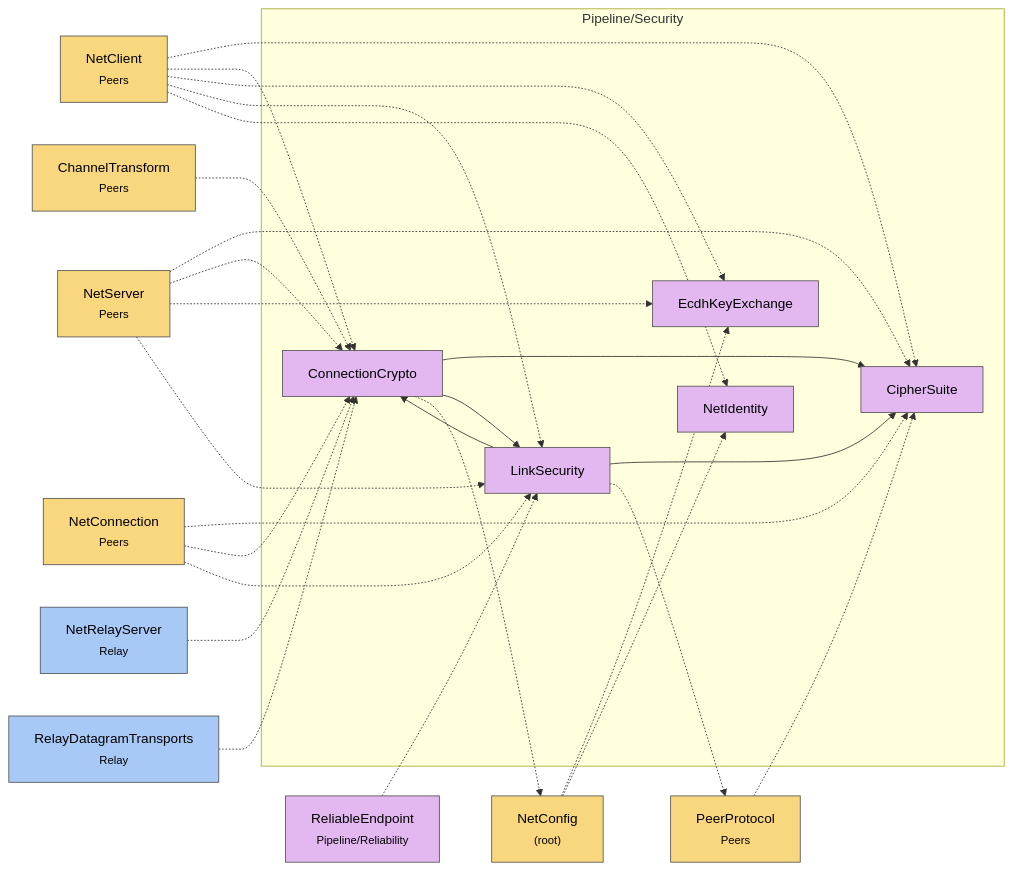
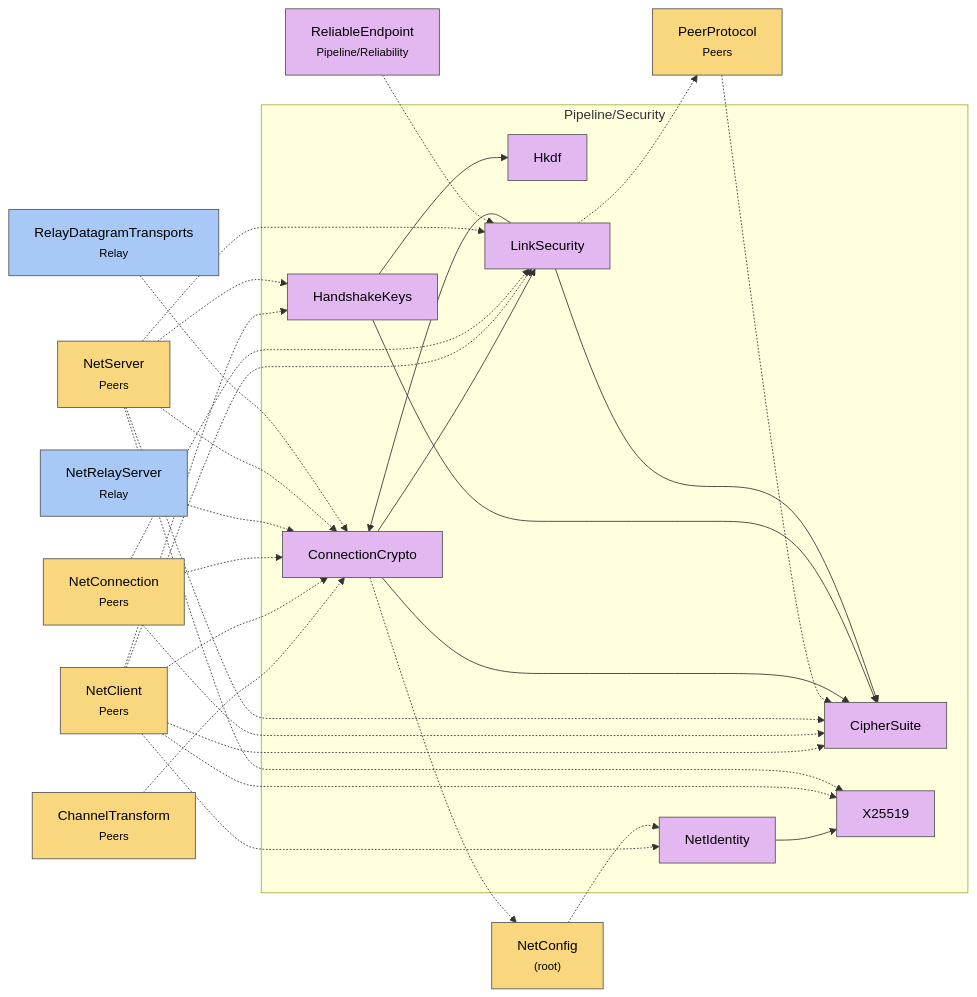
One commit to VladislavKresov/NetSync changed the diagram in docs/4 Diagrams/Modules/Module map Pipeline Security.md. Above: the diagram before and after it, drawn with Mermaid. The commit also changed other lines of this file and 56 other files, not shown here.

Commit message:
Docs: limitations and roadmap after rc.6 work; regenerated code reference

````diff
--- a/docs/4 Diagrams/Modules/Module map Pipeline Security.md
+++ b/docs/4 Diagrams/Modules/Module map Pipeline Security.md
@@ -11,49 +11,55 @@
 ```mermaid
 flowchart LR
   subgraph f_Pipeline_Security["Pipeline/Security"]
     m_CipherSuite["CipherSuite"]:::session
     m_ConnectionCrypto["ConnectionCrypto"]:::session
-    m_EcdhKeyExchange["EcdhKeyExchange"]:::session
+    m_HandshakeKeys["HandshakeKeys"]:::session
+    m_Hkdf["Hkdf"]:::session
     m_LinkSecurity["LinkSecurity"]:::session
     m_NetIdentity["NetIdentity"]:::session
+    m_X25519["X25519"]:::session
   end
   m_NetConfig["NetConfig<br/><small>(root)</small>"]:::api
   m_ChannelTransform["ChannelTransform<br/><small>Peers</small>"]:::api
   m_NetClient["NetClient<br/><small>Peers</small>"]:::api
   m_NetConnection["NetConnection<br/><small>Peers</small>"]:::api
   m_NetServer["NetServer<br/><small>Peers</small>"]:::api
   m_PeerProtocol["PeerProtocol<br/><small>Peers</small>"]:::api
   m_ReliableEndpoint["ReliableEndpoint<br/><small>Pipeline/Reliability</small>"]:::session
   m_NetRelayServer["NetRelayServer<br/><small>Relay</small>"]:::transports
   m_RelayDatagramTransports["RelayDatagramTransports<br/><small>Relay</small>"]:::transports
   m_NetClient -.-> m_CipherSuite
   m_NetConnection -.-> m_CipherSuite
   m_NetServer -.-> m_CipherSuite
   m_PeerProtocol -.-> m_CipherSuite
   m_ConnectionCrypto --> m_CipherSuite
   m_ConnectionCrypto --> m_LinkSecurity
   m_ConnectionCrypto -.-> m_NetConfig
   m_ChannelTransform -.-> m_ConnectionCrypto
   m_NetClient -.-> m_ConnectionCrypto
   m_NetConnection -.-> m_ConnectionCrypto
   m_NetRelayServer -.-> m_ConnectionCrypto
   m_NetServer -.-> m_ConnectionCrypto
   m_RelayDatagramTransports -.-> m_ConnectionCrypto
-  m_NetClient -.-> m_EcdhKeyExchange
-  m_NetConfig -.-> m_EcdhKeyExchange
-  m_NetServer -.-> m_EcdhKeyExchange
+  m_HandshakeKeys --> m_CipherSuite
+  m_HandshakeKeys --> m_Hkdf
+  m_NetClient -.-> m_HandshakeKeys
+  m_NetServer -.-> m_HandshakeKeys
   m_LinkSecurity --> m_CipherSuite
   m_LinkSecurity --> m_ConnectionCrypto
   m_LinkSecurity -.-> m_PeerProtocol
   m_NetClient -.-> m_LinkSecurity
   m_NetConnection -.-> m_LinkSecurity
   m_NetServer -.-> m_LinkSecurity
   m_ReliableEndpoint -.-> m_LinkSecurity
+  m_NetIdentity --> m_X25519
   m_NetClient -.-> m_NetIdentity
   m_NetConfig -.-> m_NetIdentity
+  m_NetClient -.-> m_X25519
+  m_NetServer -.-> m_X25519
   classDef api fill:#f9d77e,stroke:#555,color:#000
   classDef session fill:#e3b8f0,stroke:#555,color:#000
   classDef transports fill:#a8c8f5,stroke:#555,color:#000
   classDef infrastructure fill:#b5e8c5,stroke:#555,color:#000
   classDef foundation fill:#dddddd,stroke:#555,color:#000
 ```
````
